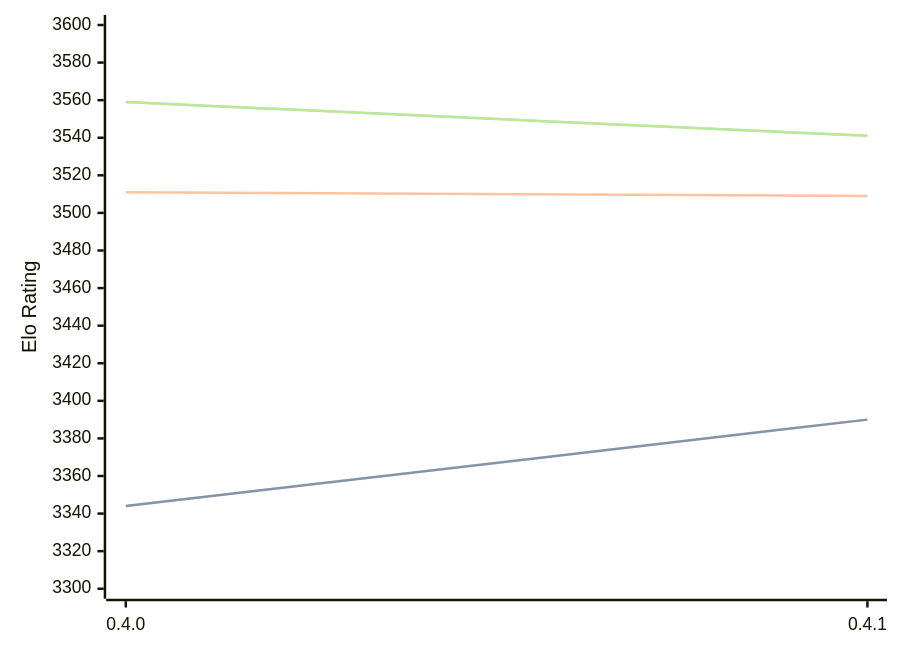
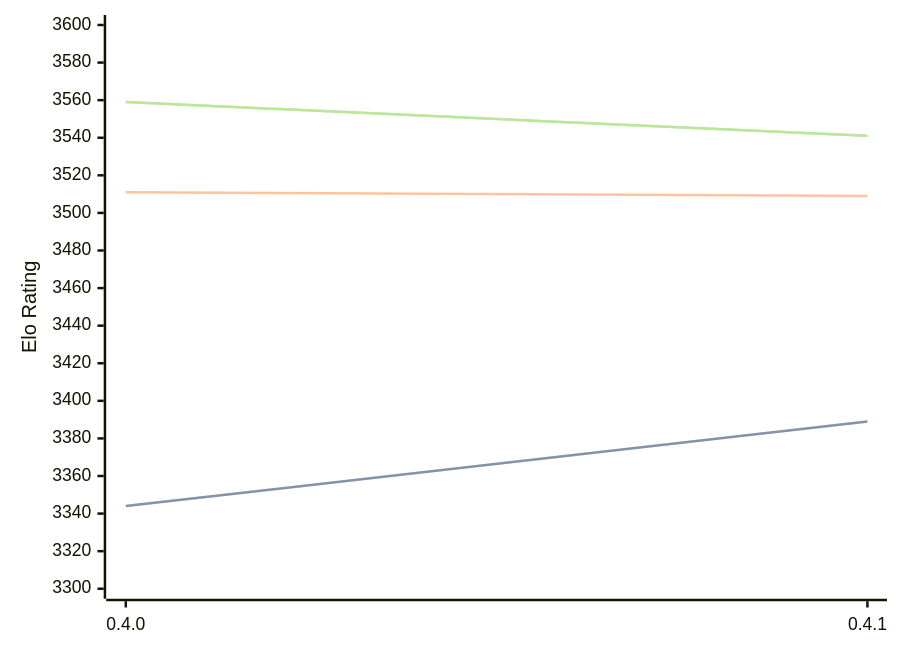
The diagram in engines/Cinder.md (computer-chess-index/cci), drawn with Mermaid before and after one commit. The commit also changed other lines of this file, not shown here.

Commit message:
Update CCI Ratings (ELO VLTC) - 2026-04-16

````diff
--- a/engines/Cinder.md
+++ b/engines/Cinder.md
@@ -40,11 +40,11 @@
 ```mermaid
 %%{init: {"theme":"base","themeVariables":{"seriesColors:['#a3a3a3','#222221','#faa371']}}}%%
 xychart-beta
   x-axis ["0.4.0", "0.4.1"]
   y-axis "Elo Rating" 3300 --> 3600
-  line "STC (8.0+0.08s)" [3344, 3390]
-  line "STC (8.0+0.08s)" [3344, 3390]
+  line "STC (8.0+0.08s)" [3344, 3389]
+  line "STC (8.0+0.08s)" [3344, 3389]
   line "LTC (60.0+0.60s)" [3511, 3509]
   line "VLTC (2m24s+1.12s)" [3559, 3541]
   line "VLTC (2m24s+1.12s)" [3559, 3541]
 ```
````
